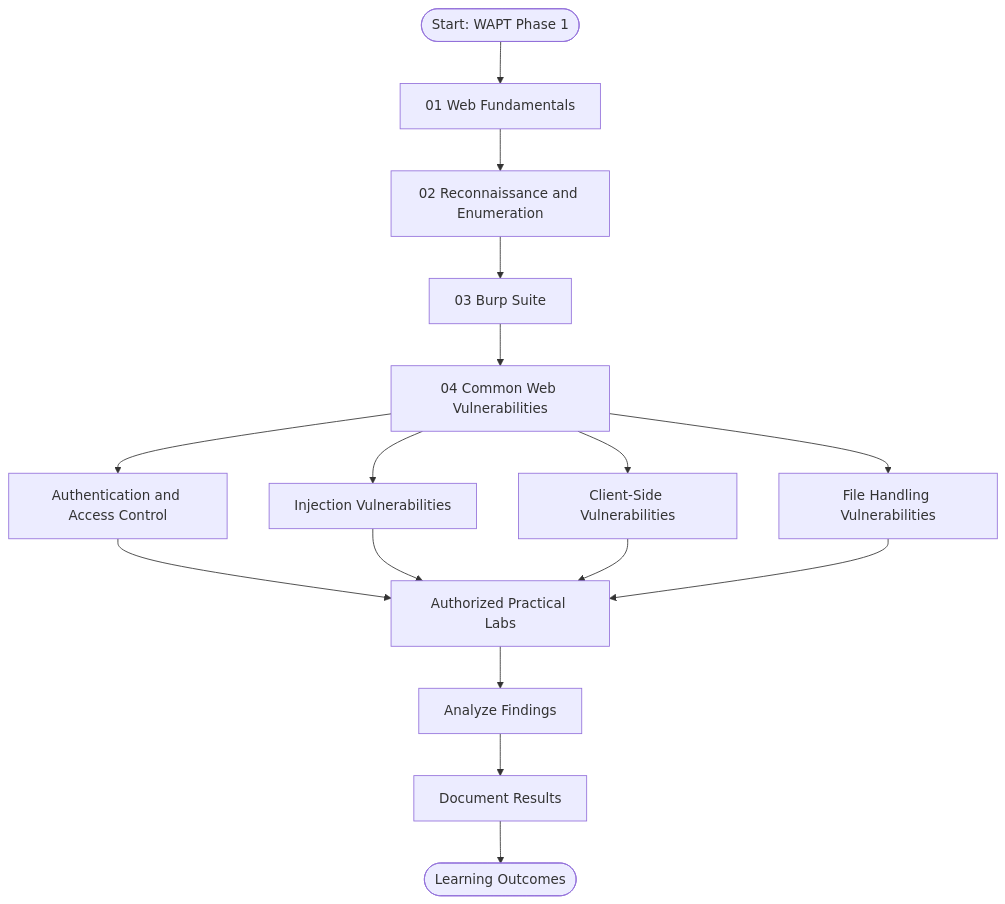
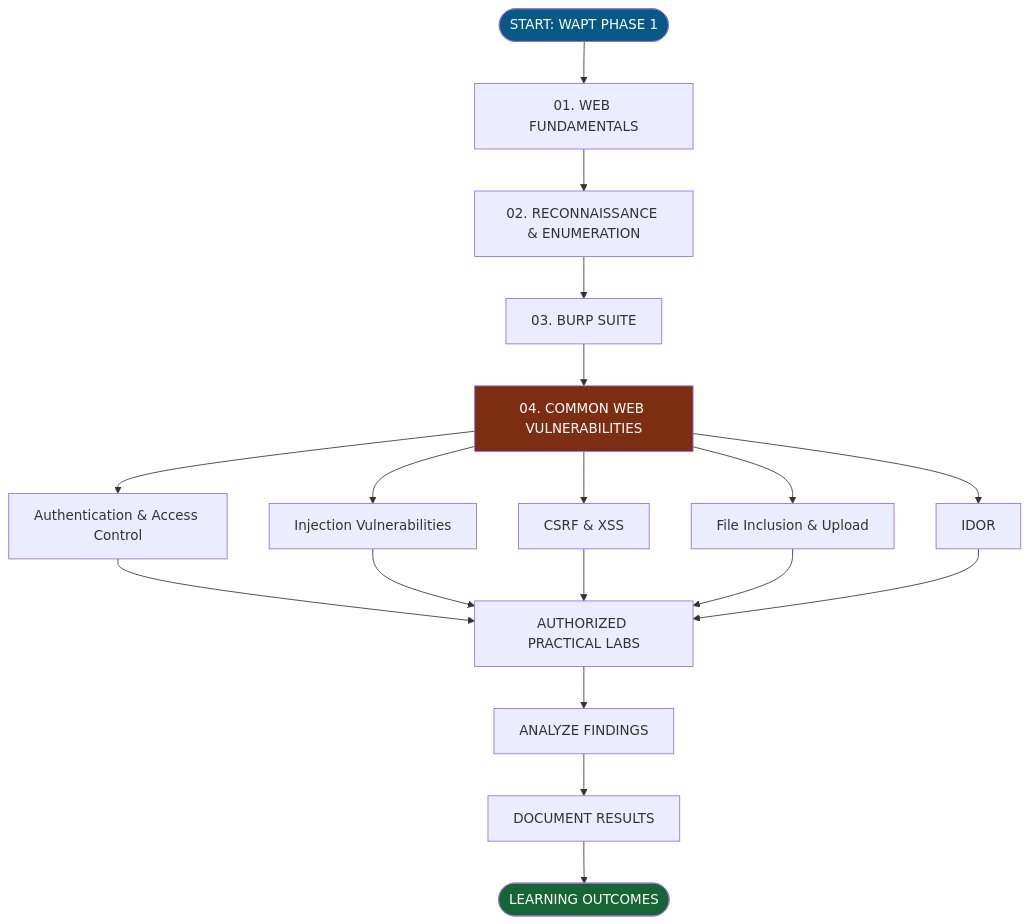
Before and after one commit to GhostMaskR/Web-Application-Basics: the first of 5 diagrams in README.md, drawn with Mermaid. The commit also changed other lines of this file, not shown here.

````diff
--- a/README.md
+++ b/README.md
@@ -53,18 +53,24 @@
 ```mermaid
 flowchart TD
-    A([Start: WAPT Phase 1]) --> B[01 Web Fundamentals]
-    B --> C[02 Reconnaissance and Enumeration]
-    C --> D[03 Burp Suite]
-    D --> E[04 Common Web Vulnerabilities]
-    E --> F[Authentication and Access Control]
-    E --> G[Injection Vulnerabilities]
-    E --> H[Client-Side Vulnerabilities]
-    E --> I[File Handling Vulnerabilities]
-    F --> J[Authorized Practical Labs]
-    G --> J
-    H --> J
-    I --> J
-    J --> K[Analyze Findings]
-    K --> L[Document Results]
-    L --> M([Learning Outcomes])
+    A(["START: WAPT PHASE 1"]) --> B["01. WEB FUNDAMENTALS"]
+    B --> C["02. RECONNAISSANCE & ENUMERATION"]
+    C --> D["03. BURP SUITE"]
+    D --> E["04. COMMON WEB VULNERABILITIES"]
+    E --> F["Authentication & Access Control"]
+    E --> G["Injection Vulnerabilities"]
+    E --> H["CSRF & XSS"]
+    E --> I["File Inclusion & Upload"]
+    E --> J["IDOR"]
+    F --> K["AUTHORIZED PRACTICAL LABS"]
+    G --> K
+    H --> K
+    I --> K
+    J --> K
+    K --> L["ANALYZE FINDINGS"]
+    L --> M["DOCUMENT RESULTS"]
+    M --> N(["LEARNING OUTCOMES"])
+
+    style A fill:#075985,color:#fff
+    style N fill:#166534,color:#fff
+    style E fill:#7c2d12,color:#fff
 ```
````
